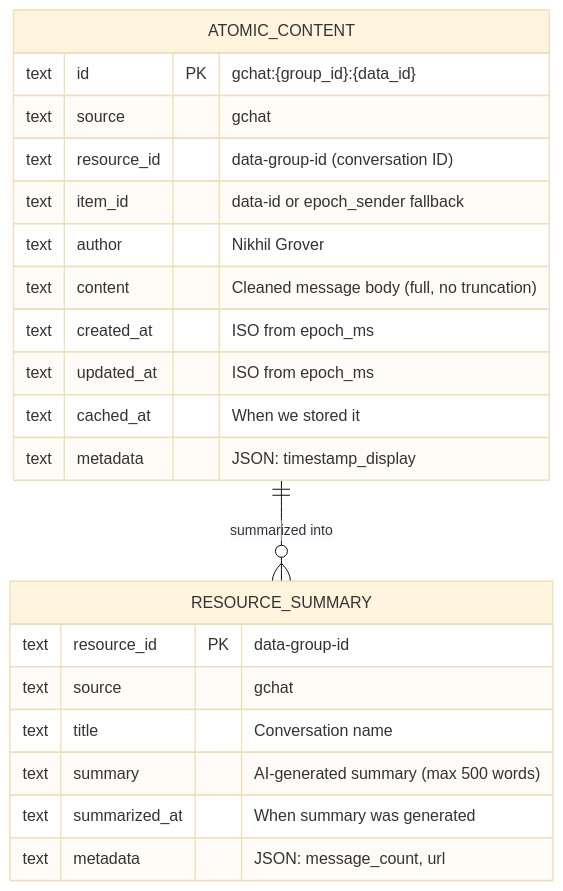
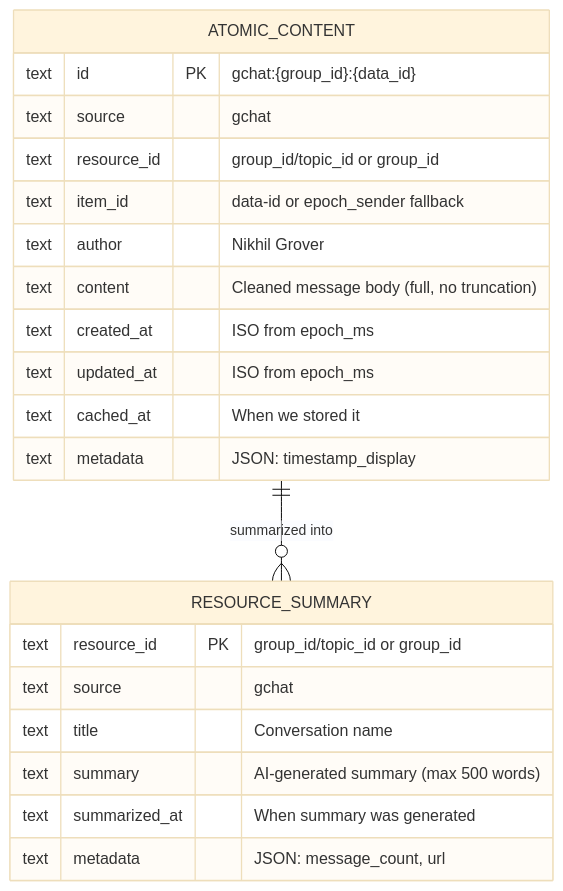
The second of 6 diagrams in skills/gchat/_architecture.md (MichaelBui/AgentZero), drawn with Mermaid (base theme) before and after one commit. The commit also changed other lines of this file and 1 other file, not shown here.

First line of the commit message:
⏳ Auto - Fix GChat resource_id: use {group_id}/{topic_id} for threads

````diff
--- a/skills/gchat/_architecture.md
+++ b/skills/gchat/_architecture.md
@@ -69,26 +69,26 @@
 ```mermaid
 erDiagram
     ATOMIC_CONTENT {
         text id PK "gchat:{group_id}:{data_id}"
         text source "gchat"
-        text resource_id "data-group-id (conversation ID)"
+        text resource_id "group_id/topic_id or group_id"
         text item_id "data-id or epoch_sender fallback"
         text author "Nikhil Grover"
         text content "Cleaned message body (full, no truncation)"
         text created_at "ISO from epoch_ms"
         text updated_at "ISO from epoch_ms"
         text cached_at "When we stored it"
         text metadata "JSON: timestamp_display"
     }
 
     RESOURCE_SUMMARY {
-        text resource_id PK "data-group-id"
+        text resource_id PK "group_id/topic_id or group_id"
         text source "gchat"
         text title "Conversation name"
         text summary "AI-generated summary (max 500 words)"
         text summarized_at "When summary was generated"
         text metadata "JSON: message_count, url"
     }
 
     ATOMIC_CONTENT ||--o{ RESOURCE_SUMMARY : "summarized into"
 ```
````
